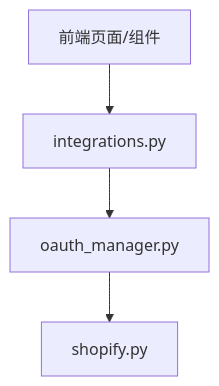
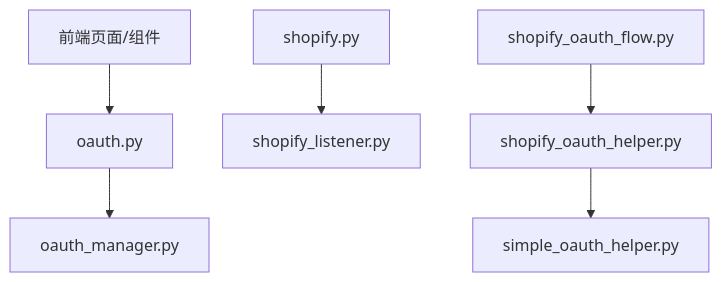
One commit to angledick/- changed the seventh of 7 diagrams in .qoder/repowiki/zh/content/认证与授权/OAuth2集成.md. Above: the diagram before and after it, drawn with Mermaid. The commit also changed other lines of this file and 770 other files, not shown here.

````diff
--- a/.qoder/repowiki/zh/content/认证与授权/OAuth2集成.md
+++ b/.qoder/repowiki/zh/content/认证与授权/OAuth2集成.md
@@ -247,6 +334,8 @@
 ```mermaid
 graph TB
-API["integrations.py"] --> OM["oauth_manager.py"]
-OM --> SvcShopify["shopify.py"]
+API["oauth.py"] --> OM["oauth_manager.py"]
+ShopifyAPI["shopify.py"] --> Event["shopify_listener.py"]
 FE["前端页面/组件"] --> API
+Script1["shopify_oauth_flow.py"] --> Script2["shopify_oauth_helper.py"]
+Script2 --> Script3["simple_oauth_helper.py"]
 ```
````
